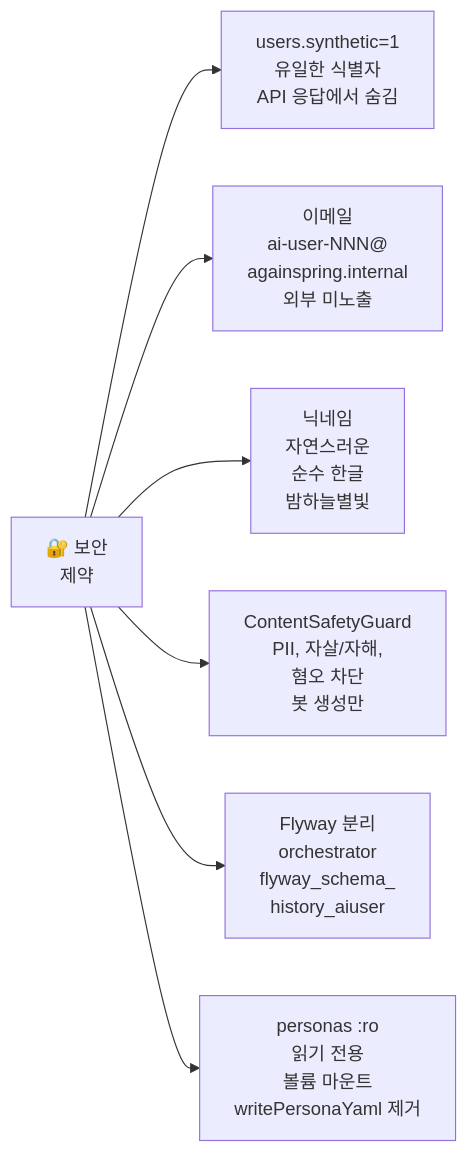
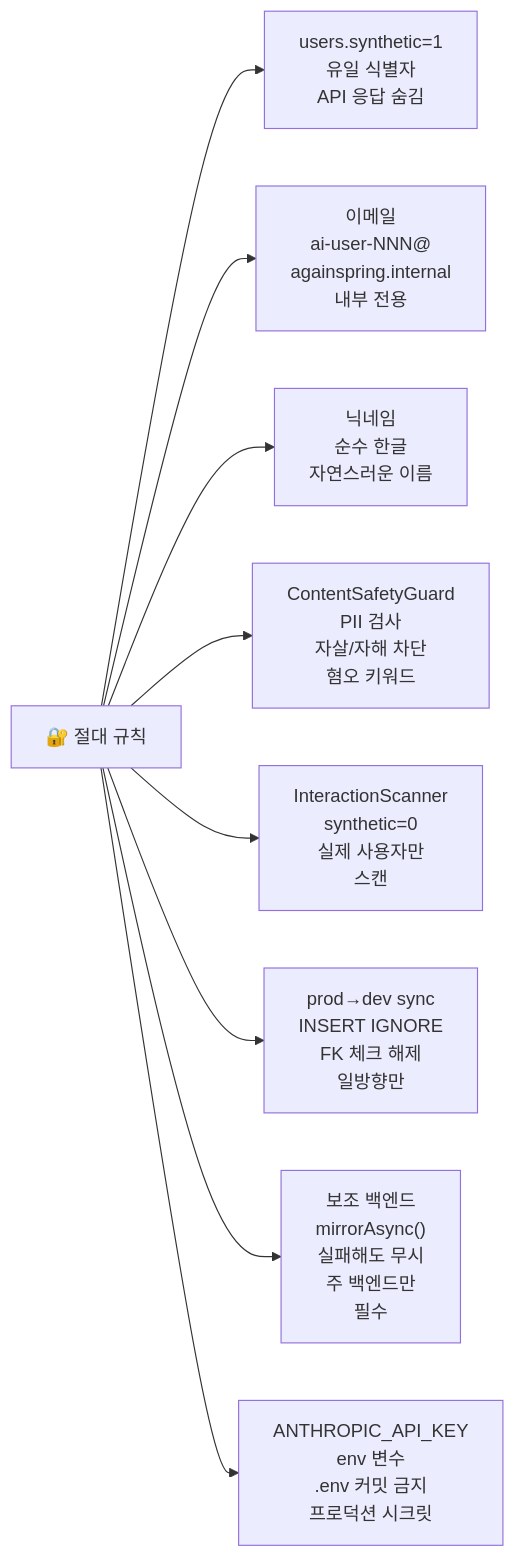
The sixth of 6 diagrams in ai-user/docs/architecture.md (Justant-source/Again-Spring), drawn with Mermaid before and after one commit. The commit also changed other lines of this file and 4 other files, not shown here.

````diff
--- a/ai-user/docs/architecture.md
+++ b/ai-user/docs/architecture.md
@@ -359,9 +372,11 @@
 ```mermaid
 flowchart LR
-    A["🔐 보안<br/>제약"] --> B["users.synthetic=1<br/>유일한 식별자<br/>API 응답에서 숨김"]
-    A --> C["이메일<br/>ai-user-NNN@<br/>againspring.internal<br/>외부 미노출"]
-    A --> D["닉네임<br/>자연스러운<br/>순수 한글<br/>밤하늘별빛"]
-    A --> E["ContentSafetyGuard<br/>PII, 자살/자해,<br/>혐오 차단<br/>봇 생성만"]
-    A --> F["Flyway 분리<br/>orchestrator<br/>flyway_schema_<br/>history_aiuser"]
-    A --> G["personas :ro<br/>읽기 전용<br/>볼륨 마운트<br/>writePersonaYaml 제거"]
+    A["🔐 절대 규칙"] --> B["users.synthetic=1<br/>유일 식별자<br/>API 응답 숨김"]
+    A --> C["이메일<br/>ai-user-NNN@<br/>againspring.internal<br/>내부 전용"]
+    A --> D["닉네임<br/>순수 한글<br/>자연스러운 이름"]
+    A --> E["ContentSafetyGuard<br/>PII 검사<br/>자살/자해 차단<br/>혐오 키워드"]
+    A --> F["InteractionScanner<br/>synthetic=0<br/>실제 사용자만<br/>스캔"]
+    A --> G["prod→dev sync<br/>INSERT IGNORE<br/>FK 체크 해제<br/>일방향만"]
+    A --> H["보조 백엔드<br/>mirrorAsync()<br/>실패해도 무시<br/>주 백엔드만<br/>필수"]
+    A --> I["ANTHROPIC_API_KEY<br/>env 변수<br/>.env 커밋 금지<br/>프로덕션 시크릿"]
 ```
````
